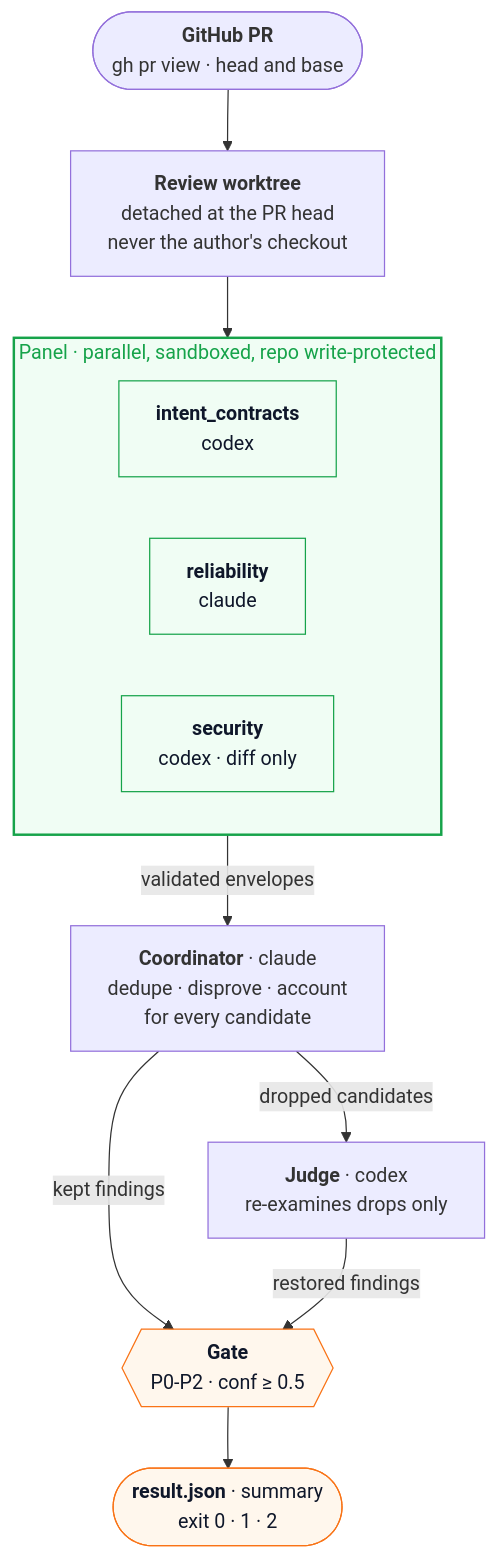
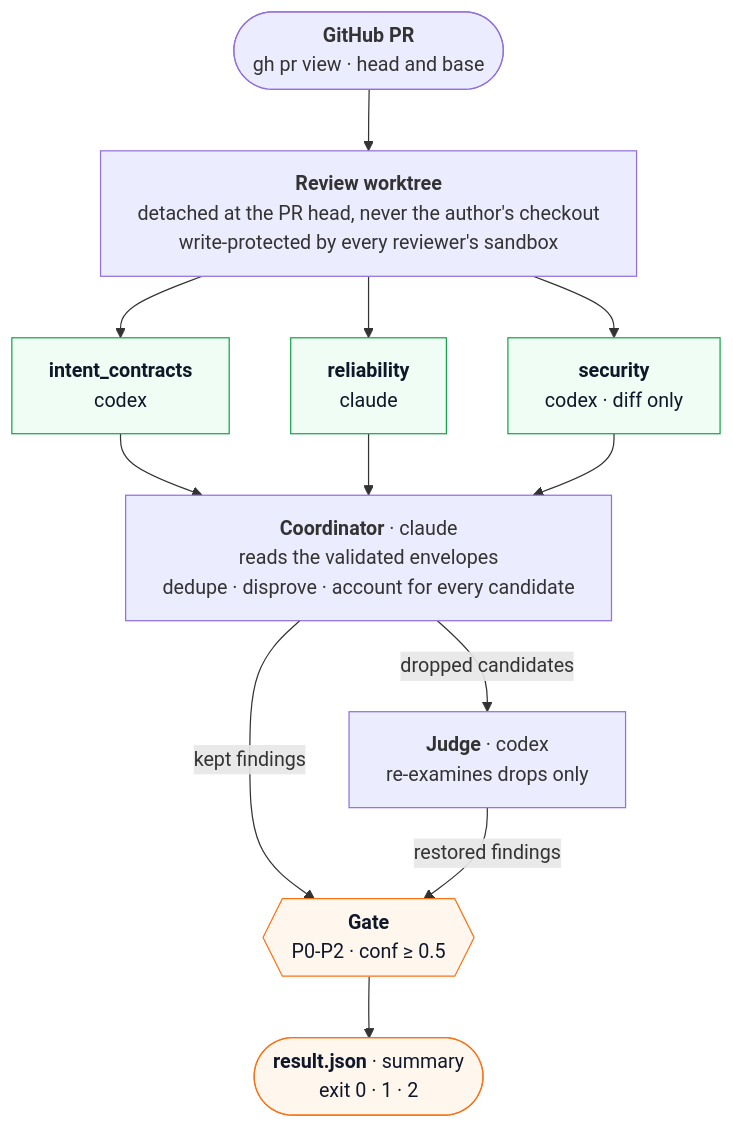
The diagram in README.md (decadance-dance/rreview), drawn with Mermaid before and after one commit.

Commit message:
README: lay the How it works lenses out side by side, stop labels wrapping (#51)

````diff
--- a/README.md
+++ b/README.md
@@ -150,30 +150,30 @@
 ```mermaid
+---
+config:
+  flowchart:
+    wrappingWidth: 400
+---
 flowchart TB
     pr(["<b>GitHub PR</b><br/>gh pr view · head and base"])
-    wt["<b>Review worktree</b><br/>detached at the PR head<br/>never the author's checkout"]
+    wt["<b>Review worktree</b><br/>detached at the PR head, never the author's checkout<br/>write-protected by every reviewer's sandbox"]
 
-    subgraph panel["Panel · parallel, sandboxed, repo write-protected"]
-        direction LR
-        intent["<b>intent_contracts</b><br/>codex"]
-        rel["<b>reliability</b><br/>claude"]
-        sec["<b>security</b><br/>codex · diff only"]
-    end
+    intent["<b>intent_contracts</b><br/>codex"]
+    rel["<b>reliability</b><br/>claude"]
+    sec["<b>security</b><br/>codex · diff only"]
 
-    coord["<b>Coordinator</b> · claude<br/>dedupe · disprove · account<br/>for every candidate"]
+    coord["<b>Coordinator</b> · claude<br/>reads the validated envelopes<br/>dedupe · disprove · account for every candidate"]
     judge["<b>Judge</b> · codex<br/>re-examines drops only"]
     gate{{"<b>Gate</b><br/>P0-P2 · conf ≥ 0.5"}}
     out(["<b>result.json</b> · summary<br/>exit 0 · 1 · 2"])
 
-    pr --> wt --> panel
-    panel -- "validated envelopes" --> coord
+    pr --> wt --> intent & rel & sec --> coord
     coord -- "dropped candidates" --> judge
     coord -- "kept findings" --> gate
     judge -- "restored findings" --> gate
     gate --> out
 
     classDef accent fill:#f0fdf4,stroke:#16a34a,color:#0f172a
     classDef verdict fill:#fff7ed,stroke:#f97316,color:#0f172a
     class intent,rel,sec accent
     class gate,out verdict
-    style panel fill:#f0fdf4,stroke:#16a34a,stroke-width:2px,color:#16a34a
 ```
````
